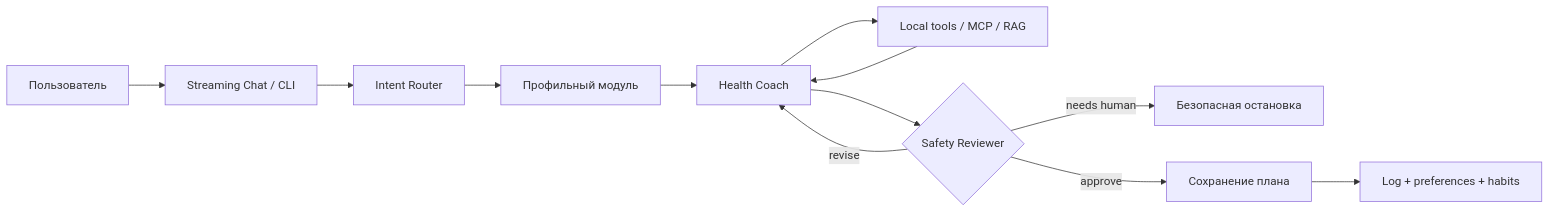
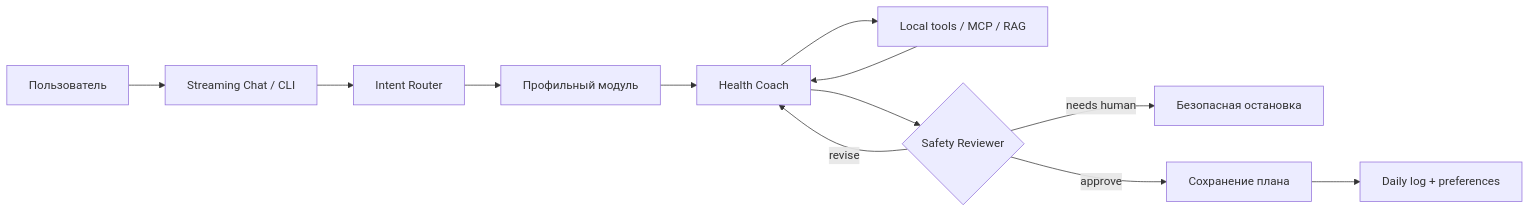
The diagram in README.md (KatnikovAA/NutriOS-Agent), drawn with Mermaid before and after one commit. The commit also changed other lines of this file, not shown here.

````diff
--- a/README.md
+++ b/README.md
@@ -33,14 +33,14 @@
 ```mermaid
 flowchart LR
     U[Пользователь] --> UI[Streaming Chat / CLI]
     UI --> R[Intent Router]
     R --> M[Профильный модуль]
     M --> HC[Health Coach]
     HC --> T[Local tools / MCP / RAG]
     T --> HC
     HC --> SR{Safety Reviewer}
     SR -->|revise| HC
     SR -->|needs human| STOP[Безопасная остановка]
     SR -->|approve| P[Сохранение плана]
-    P --> MEM[Log + preferences + habits]
+    P --> MEM[Daily log + preferences]
 ```
````
